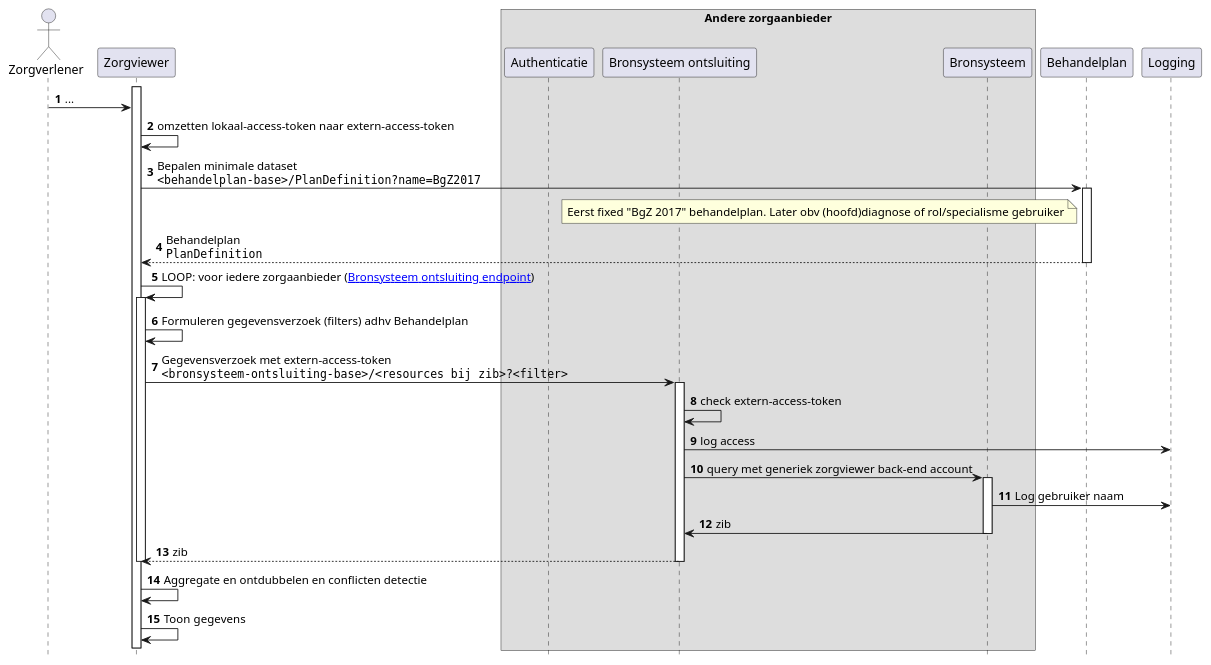
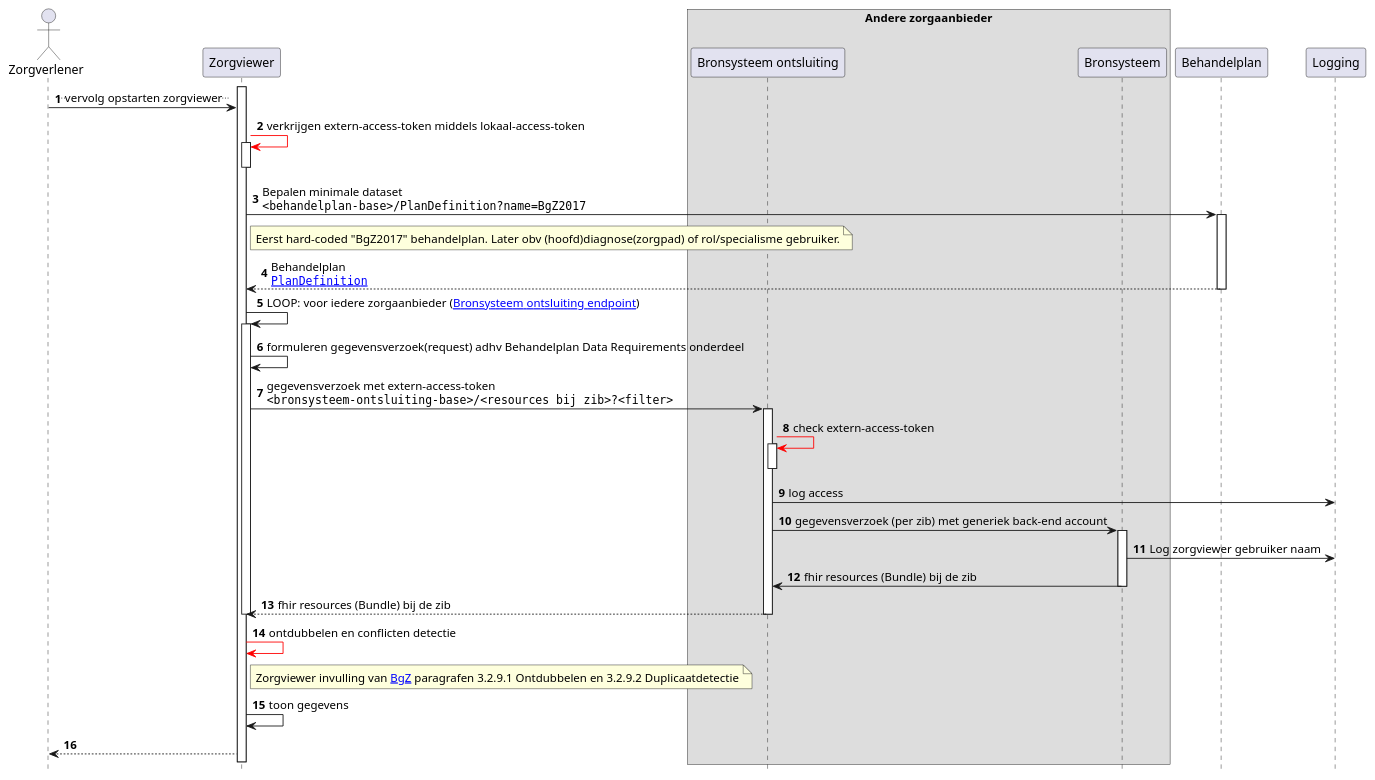
The diagram in input/images-source/Zorgviewer-seq-3.plantuml (RIVO-Noord/zorgviewer-ig), drawn with PlantUML before and after one commit. The commit also changed 1 other file, not shown here.

Commit message:
Sequence diagram 3 bijwerken met Geertje

```diff
--- a/input/images-source/Zorgviewer-seq-3.plantuml
+++ b/input/images-source/Zorgviewer-seq-3.plantuml
@@ -1,45 +1,50 @@
 @startuml
 hide footbox
 autonumber
 
 actor Zorgverlener
 participant Zorgviewer
 box "Andere zorgaanbieder"
-participant Authenticatie
 participant "Bronsysteem ontsluiting" as Bron
 participant Bronsysteem
 end box
 participant Behandelplan
 
 
 activate Zorgviewer
-Zorgverlener->Zorgviewer: ...
-Zorgviewer->Zorgviewer: omzetten lokaal-access-token naar extern-access-token
+Zorgverlener->Zorgviewer: ..vervolg opstarten zorgviewer..
+Zorgviewer-[#red]>Zorgviewer++: verkrijgen extern-access-token middels lokaal-access-token
+deactivate Zorgviewer
 Zorgviewer->Behandelplan: Bepalen minimale dataset\n""<behandelplan-base>/PlanDefinition?name=BgZ2017""
-note left Behandelplan
-  Eerst fixed "BgZ 2017" behandelplan. Later obv (hoofd)diagnose of rol/specialisme gebruiker
+note right Zorgviewer
+  Eerst hard-coded "BgZ2017" behandelplan. Later obv (hoofd)diagnose(zorgpad) of rol/specialisme gebruiker.
 end note
 activate Behandelplan
-Behandelplan-->Zorgviewer: Behandelplan\n""PlanDefinition""
+Behandelplan-->Zorgviewer: Behandelplan\n""[[StructureDefinition-PlanDefinition.html PlanDefinition]]""
 deactivate Behandelplan
 Zorgviewer->Zorgviewer: LOOP: voor iedere zorgaanbieder ([[Endpoint-UMCG.html Bronsysteem ontsluiting endpoint]])
 activate Zorgviewer
-Zorgviewer->Zorgviewer: Formuleren gegevensverzoek (filters) adhv Behandelplan
+Zorgviewer->Zorgviewer: formuleren gegevensverzoek(request) adhv Behandelplan Data Requirements onderdeel
 
-Zorgviewer->Bron: Gegevensverzoek met extern-access-token\n""<bronsysteem-ontsluiting-base>/<resources bij zib>?<filter>""
+Zorgviewer->Bron: gegevensverzoek met extern-access-token\n""<bronsysteem-ontsluiting-base>/<resources bij zib>?<filter>""
 activate Bron
-Bron->Bron : check extern-access-token
+Bron-[#red]>Bron++ : check extern-access-token
+deactivate Bron
 Bron->Logging : log access
-Bron->Bronsysteem : query met generiek zorgviewer back-end account
+Bron->Bronsysteem : gegevensverzoek (per zib) met generiek back-end account
 activate Bronsysteem
-Bronsysteem->Logging : Log gebruiker naam
-Bronsysteem->Bron: zib
+Bronsysteem->Logging : Log zorgviewer gebruiker naam
+Bronsysteem->Bron: fhir resources (Bundle) bij de zib
 deactivate Bronsysteem
-Bron-->Zorgviewer: zib
+Bron-->Zorgviewer: fhir resources (Bundle) bij de zib
 deactivate Bron
 deactivate Zorgviewer
 
-Zorgviewer->Zorgviewer: Aggregate en ontdubbelen en conflicten detectie
-Zorgviewer->Zorgviewer: Toon gegevens
+Zorgviewer-[#red]>Zorgviewer: ontdubbelen en conflicten detectie
+note right of Zorgviewer
+  Zorgviewer invulling van [[https://informatiestandaarden.nictiz.nl/wiki/BgZ:V1.0_BgZ_MSZ_Informatiestandaard BgZ]] paragrafen 3.2.9.1 Ontdubbelen en 3.2.9.2 Duplicaatdetectie
+end note
+Zorgviewer->Zorgviewer: toon gegevens
+Zorgviewer-->Zorgverlener
 
 @enduml
```
